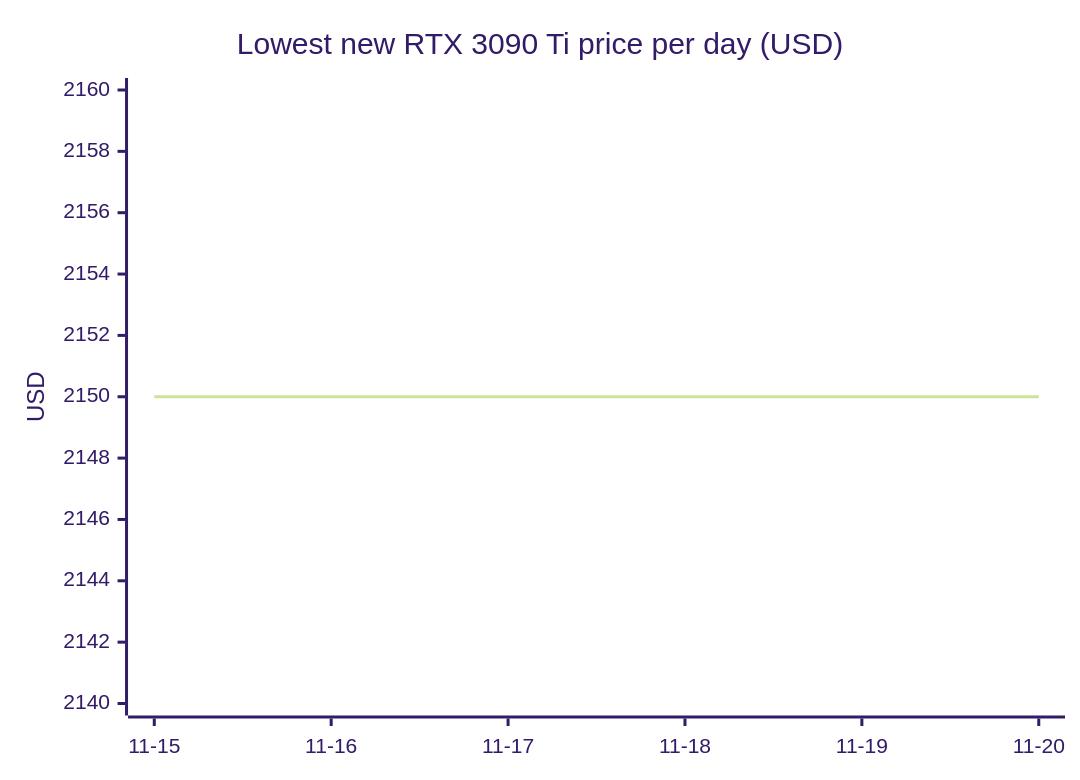
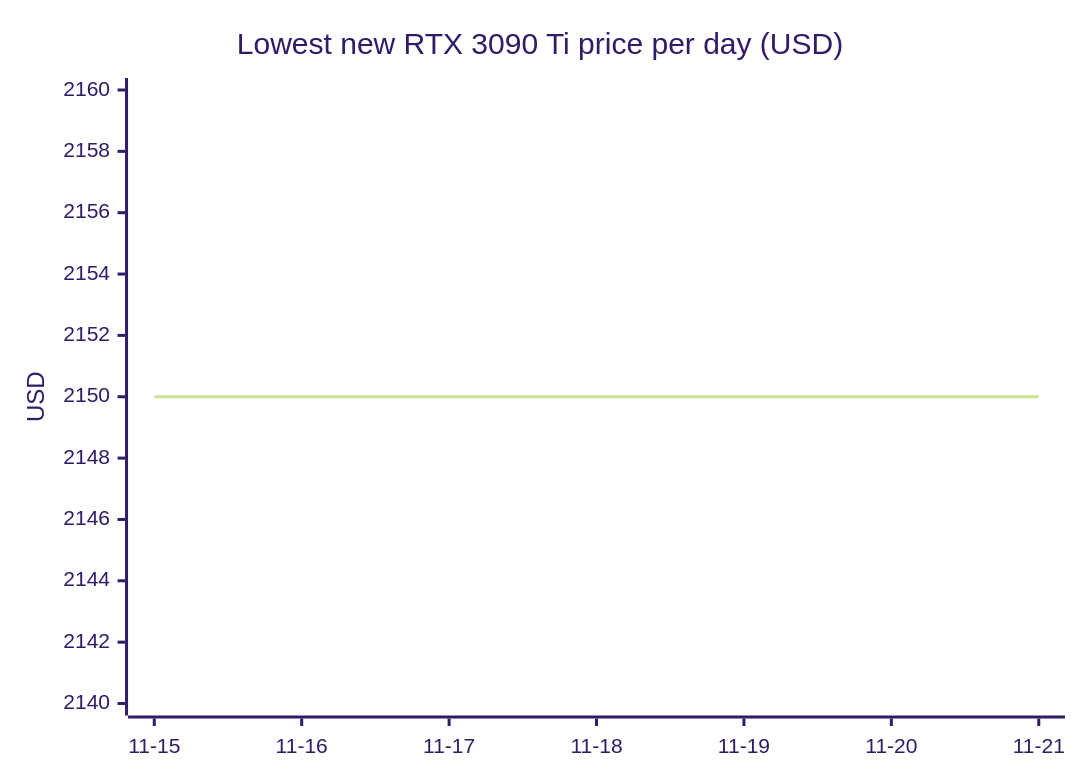
One commit to 7324136828/4tb_ssd_price_watch changed the eighth of 18 diagrams in README.md. Above: the diagram before and after it, drawn with Mermaid (forest theme). The commit also changed other lines of this file, not shown here.

````diff
--- a/README.md
+++ b/README.md
@@ -774,7 +811,7 @@
 ```mermaid
 xychart-beta
     title "Lowest new RTX 3090 Ti price per day (USD)"
-    x-axis ["11-15", "11-16", "11-17", "11-18", "11-19", "11-20"]
+    x-axis ["11-15", "11-16", "11-17", "11-18", "11-19", "11-20", "11-21"]
     y-axis "USD" 2140 --> 2160
-    line [2150.00, 2150.00, 2150.00, 2150.00, 2150.00, 2150.00]
+    line [2150.00, 2150.00, 2150.00, 2150.00, 2150.00, 2150.00, 2150.00]
 ```
````
